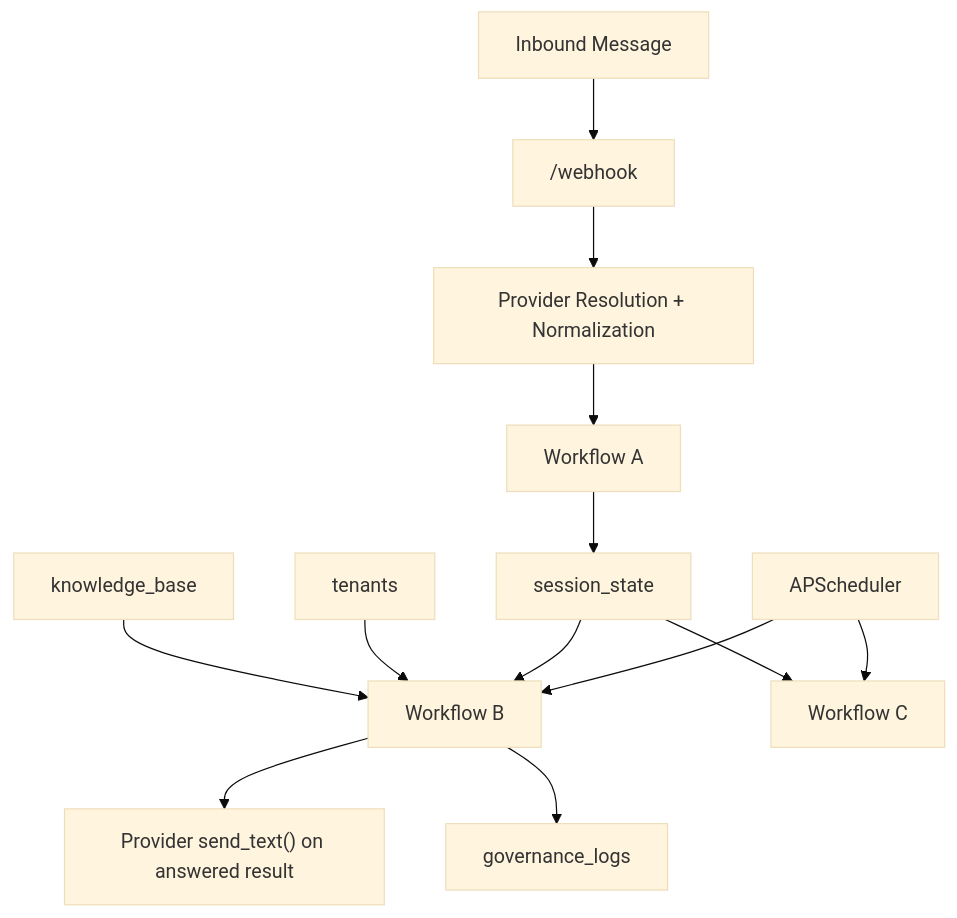
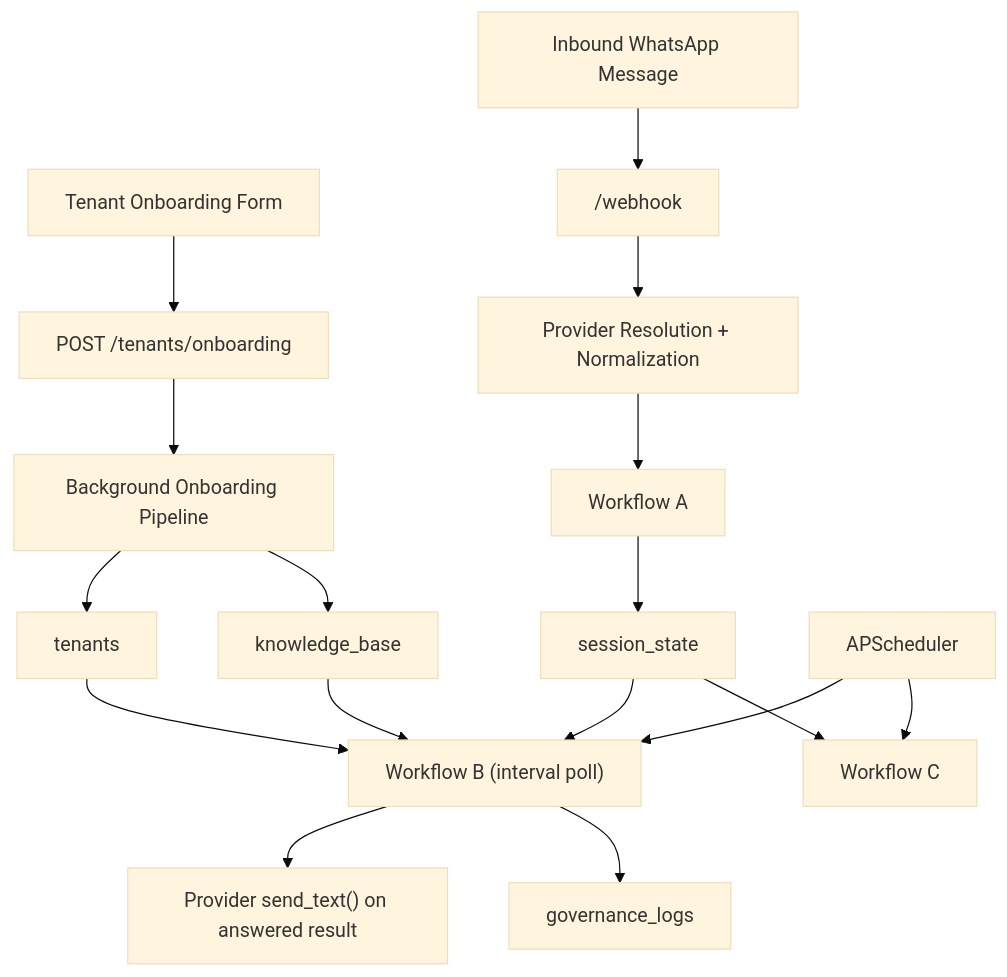
The diagram in system_architecture.md (svmp-systems/SVMP-CS), drawn with Mermaid (base theme) before and after one commit. The commit also changed other lines of this file and 25 other files, not shown here.

````diff
--- a/system_architecture.md
+++ b/system_architecture.md
@@ -56,15 +59,19 @@
 ```mermaid
 flowchart TD
-    A["Inbound Message"] --> B["/webhook"]
+    OA["Tenant Onboarding Form"] --> OB["POST /tenants/onboarding"]
+    OB --> OC["Background Onboarding Pipeline"]
+    OC --> H["tenants"]
+    OC --> I["knowledge_base"]
+    A["Inbound WhatsApp Message"] --> B["/webhook"]
     B --> C["Provider Resolution + Normalization"]
     C --> D["Workflow A"]
     D --> E["session_state"]
-    F["APScheduler"] --> G["Workflow B"]
+    F["APScheduler"] --> G["Workflow B (interval poll)"]
     E --> G
     H["tenants"] --> G
     I["knowledge_base"] --> G
     G --> J["Provider send_text() on answered result"]
     G --> K["governance_logs"]
     F --> L["Workflow C"]
     E --> L
 ```
````
